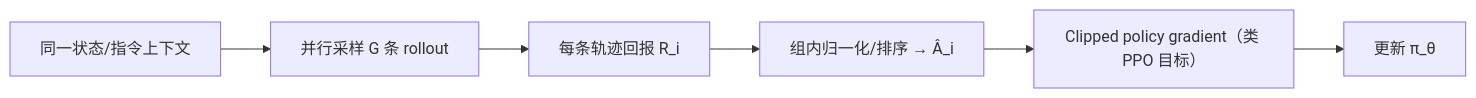
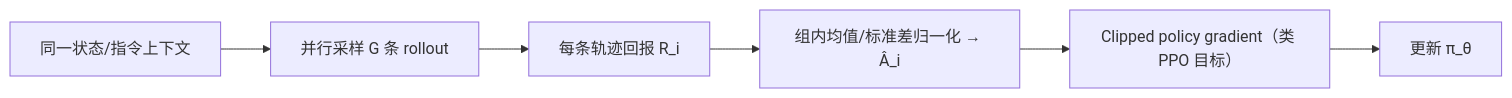
The diagram in wiki/methods/grpo.md (ImChong/Robotics_Notebooks), drawn with Mermaid before and after one commit. The commit also changed other lines of this file, not shown here.

````diff
--- a/wiki/methods/grpo.md
+++ b/wiki/methods/grpo.md
@@ -48,8 +51,8 @@
 ```mermaid
 flowchart LR
   ctx["同一状态/指令上下文"] --> samp["并行采样 G 条 rollout"]
   samp --> ret["每条轨迹回报 R_i"]
-  ret --> rel["组内归一化/排序 → Â_i"]
+  ret --> rel["组内均值/标准差归一化 → Â_i"]
   rel --> pg["Clipped policy gradient（类 PPO 目标）"]
   pg --> pol["更新 π_θ"]
 ```
````
